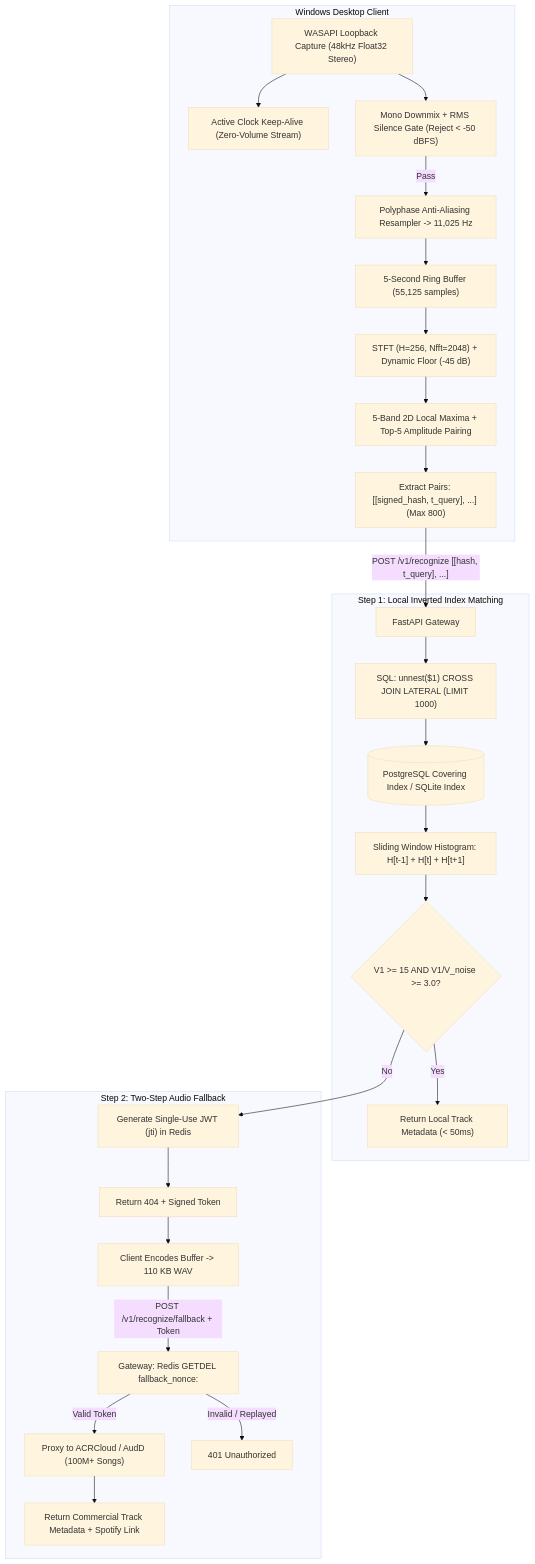
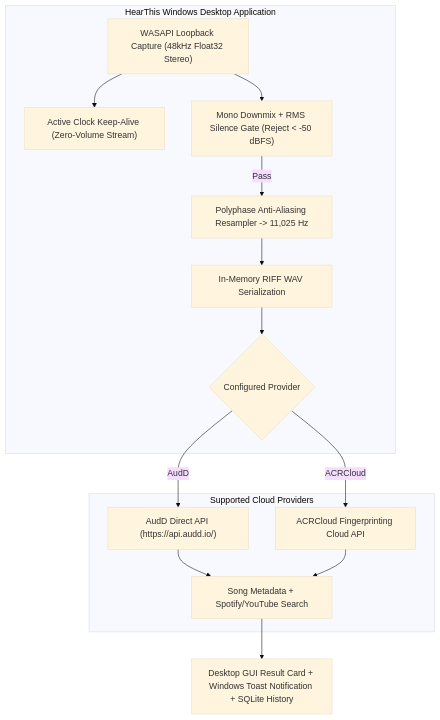
Before and after one commit to Deepesh70/song-detector: the diagram in README.md, drawn with Mermaid (base theme). The commit also changed other lines of this file and 21 other files, not shown here.

Commit message:
refactor: remove local PostgreSQL backend and retain pure cloud API client

````diff
--- a/README.md
+++ b/README.md
@@ -25,31 +25,19 @@
 ```mermaid
 flowchart TD
-    subgraph Client ["Windows Desktop Client"]
+    subgraph DesktopClient ["HearThis Windows Desktop Application"]
         A["WASAPI Loopback Capture (48kHz Float32 Stereo)"] --> B["Active Clock Keep-Alive (Zero-Volume Stream)"]
         A --> C["Mono Downmix + RMS Silence Gate (Reject < -50 dBFS)"]
         C -->|"Pass"| D["Polyphase Anti-Aliasing Resampler -> 11,025 Hz"]
-        D --> E["5-Second Ring Buffer (55,125 samples)"]
-        E --> F["STFT (H=256, Nfft=2048) + Dynamic Floor (-45 dB)"]
-        F --> G["5-Band 2D Local Maxima + Top-5 Amplitude Pairing"]
-        G --> H["Extract Pairs: [[signed_hash, t_query], ...] (Max 800)"]
+        D --> E["In-Memory RIFF WAV Serialization"]
+        E --> F{"Configured Provider"}
     end
 
-    subgraph Step1 ["Step 1: Local Inverted Index Matching"]
-        H -->|"POST /v1/recognize [[hash, t_query], ...]"| I["FastAPI Gateway"]
-        I --> J["SQL: unnest($1) CROSS JOIN LATERAL (LIMIT 1000)"]
-        J --> K[("PostgreSQL Covering Index / SQLite Index")]
-        K --> L["Sliding Window Histogram: H[t-1] + H[t] + H[t+1]"]
-        L --> M{"V1 >= 15 AND V1/V_noise >= 3.0?"}
-        M -->|"Yes"| N["Return Local Track Metadata (< 50ms)"]
+    subgraph CloudAPIs ["Supported Cloud Providers"]
+        F -->|"AudD"| G["AudD Direct API (https://api.audd.io/)"]
+        F -->|"ACRCloud"| H["ACRCloud Fingerprinting Cloud API"]
+        G --> I["Song Metadata + Spotify/YouTube Search"]
+        H --> I
     end
 
-    subgraph Step2 ["Step 2: Two-Step Audio Fallback"]
-        M -->|"No"| O["Generate Single-Use JWT (jti) in Redis"]
-        O --> P["Return 404 + Signed Token"]
-        P --> Q["Client Encodes Buffer -> 110 KB WAV"]
-        Q -->|"POST /v1/recognize/fallback + Token"| R["Gateway: Redis GETDEL fallback_nonce:<jti>"]
-        R -->|"Valid Token"| S["Proxy to ACRCloud / AudD (100M+ Songs)"]
-        R -->|"Invalid / Replayed"| T["401 Unauthorized"]
-        S --> U["Return Commercial Track Metadata + Spotify Link"]
-    end
+    I --> J["Desktop GUI Result Card + Windows Toast Notification + SQLite History"]
 ```
````
